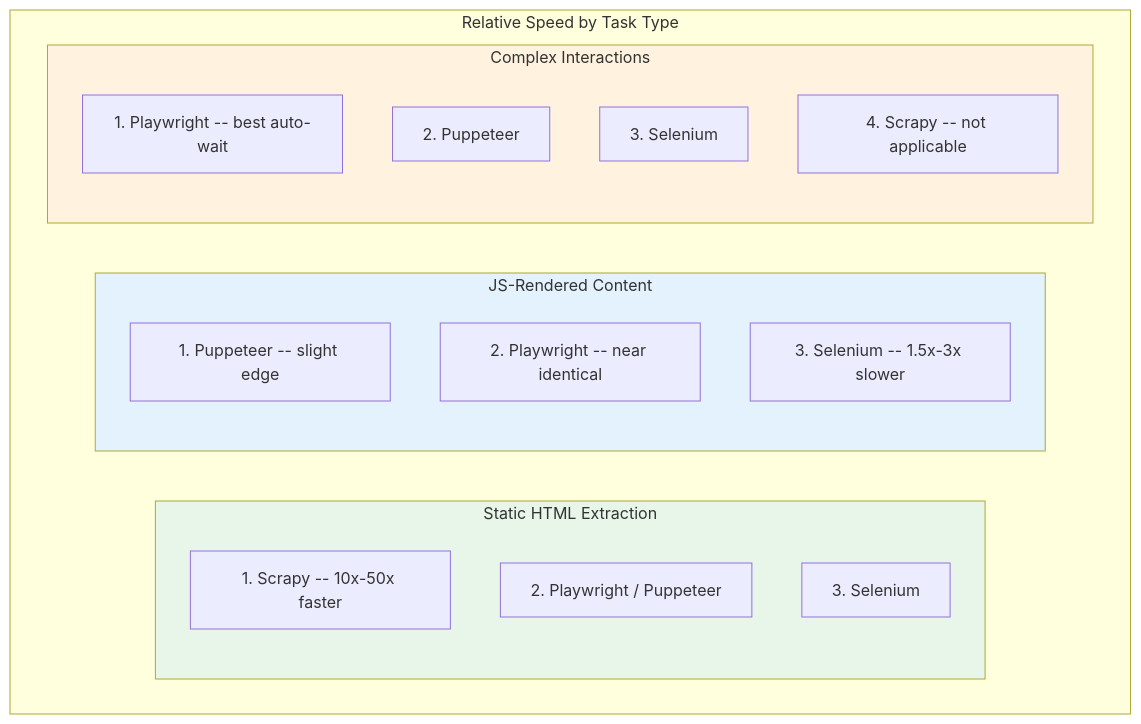
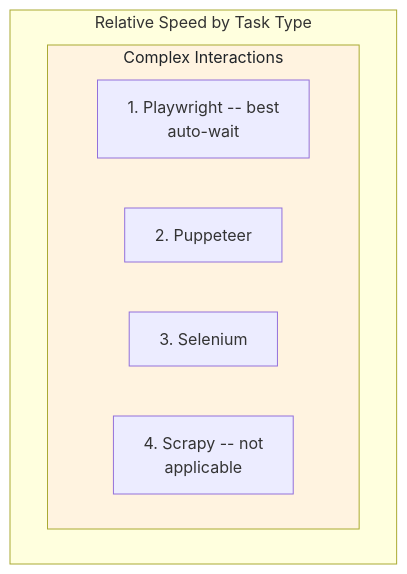
Before and after one commit to bytetunnels/bytetunnels.github.com: the fifth of 7 diagrams in _posts/2026-03-03-playwright-vs-puppeteer-vs-selenium-vs-scrapy-2026-mega-comparison.md, drawn with Mermaid. The commit also changed other lines of this file and 118 other files, not shown here.

Commit message:
feat: improve diagram styling and compact wide flowcharts

````diff
--- a/_posts/2026-03-03-playwright-vs-puppeteer-vs-selenium-vs-scrapy-2026-mega-comparison.md
+++ b/_posts/2026-03-03-playwright-vs-puppeteer-vs-selenium-vs-scrapy-2026-mega-comparison.md
@@ -101,28 +142,15 @@
 ```mermaid
 graph TD
     subgraph PERF["Relative Speed by Task Type"]
         direction LR
-        subgraph STATIC["Static HTML Extraction"]
-            S1["1. Scrapy -- 10x-50x faster"]
-            S2["2. Playwright / Puppeteer"]
-            S3["3. Selenium"]
-        end
-
-        subgraph JSRENDER["JS-Rendered Content"]
-            J1["1. Puppeteer -- slight edge"]
-            J2["2. Playwright -- near identical"]
-            J3["3. Selenium -- 1.5x-3x slower"]
-        end
-
         subgraph INTERACT["Complex Interactions"]
-            I1["1. Playwright -- best auto-wait"]
+            direction LR
+            I1["1. Playwright -- best<br/>auto-wait"]
             I2["2. Puppeteer"]
             I3["3. Selenium"]
-            I4["4. Scrapy -- not applicable"]
-        end
+            I4["4. Scrapy -- not<br/>applicable"]
+    end
     end
 
-    style STATIC fill:#e8f5e9
-    style JSRENDER fill:#e3f2fd
-    style INTERACT fill:#fff3e0
+    style INTERACT fill:#fff3e0,color:#1f2328
 ```
````
